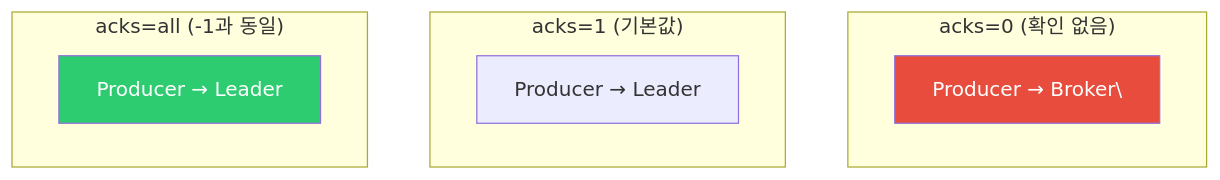
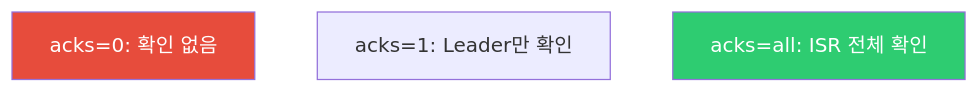
One commit to yjkim2015/yjkim2015.github.io changed the sixth of 8 diagrams in _posts/kafka/2026-05-01-kafka-replication.md. Above: the diagram before and after it, drawn with Mermaid. The commit also changed other lines of this file and 155 other files, not shown here.

First line of the commit message:
Mermaid 전면 수정: subgraph 제거, participant/노드/줄수 축소 (342블록)

````diff
--- a/_posts/kafka/2026-05-01-kafka-replication.md
+++ b/_posts/kafka/2026-05-01-kafka-replication.md
@@ -194,14 +187,8 @@
 ```mermaid
 graph TD
-    subgraph "acks=0 (확인 없음)"
-        Z["Producer → Broker\"]
-    end
-    subgraph "acks=1 (기본값)"
-        O["Producer → Leader"]
-    end
-    subgraph "acks=all (-1과 동일)"
-        A["Producer → Leader"]
-    end
+    Z["acks=0: 확인 없음"]
+    O["acks=1: Leader만 확인"]
+    A["acks=all: ISR 전체 확인"]
     style Z fill:#e74c3c,color:#fff
     style A fill:#2ecc71,color:#fff
 ```
````
